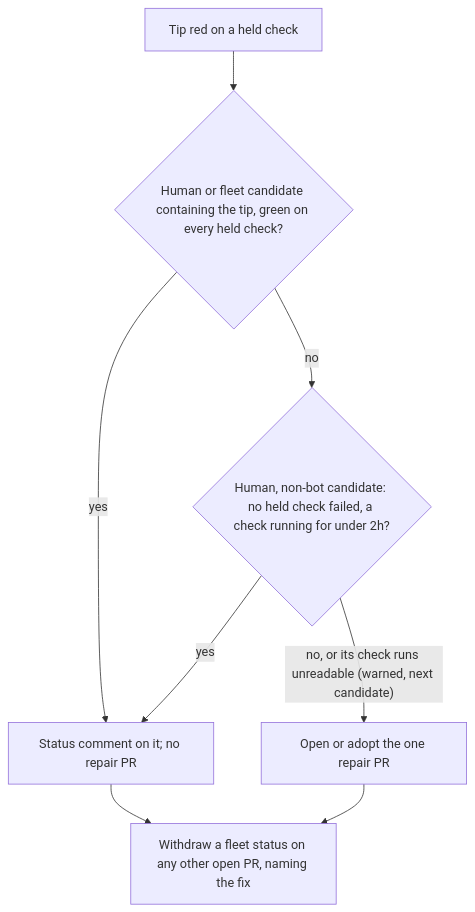
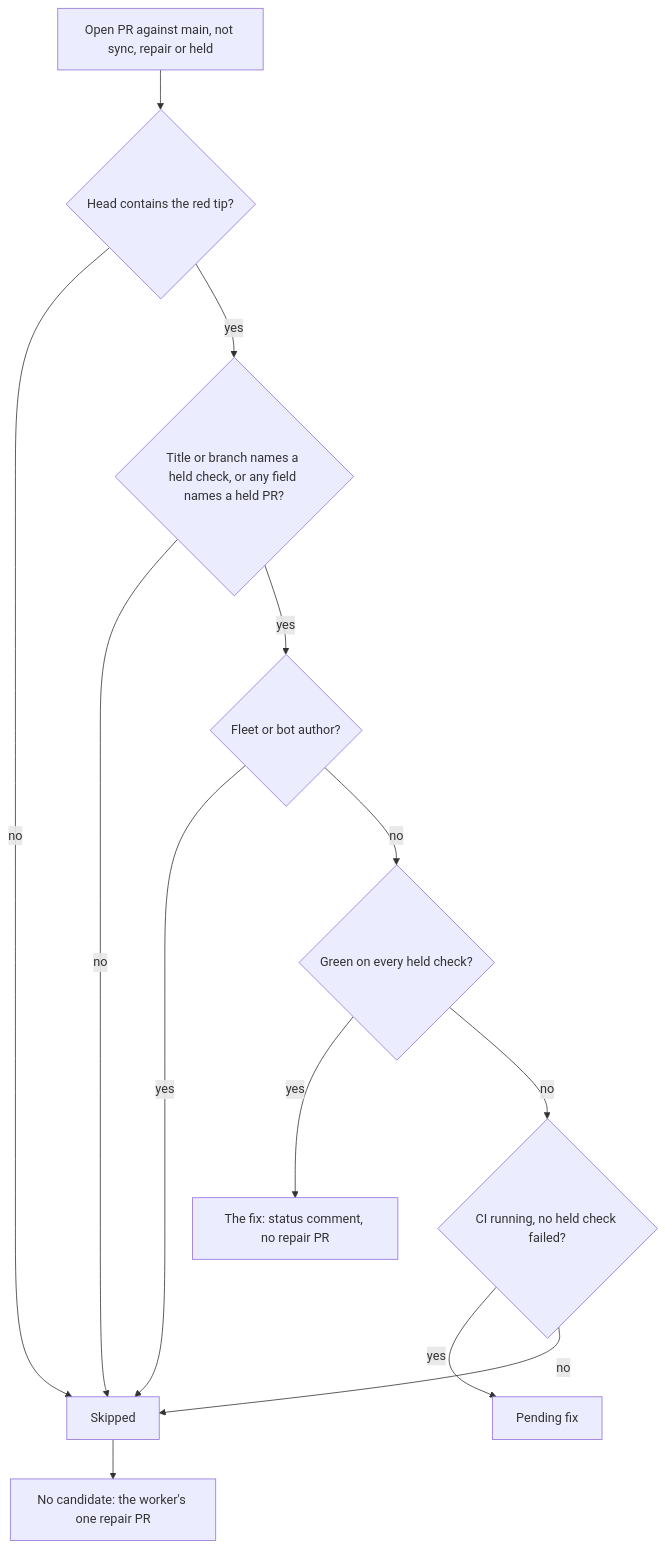
Before and after one commit to stSoftwareAU/VibeCoder: the diagram in docs/archive/pr-summaries/pr-summary-5437.md, drawn with Mermaid. The commit also changed other lines of this file, not shown here.

First line of the commit message:
Rewrite the #5437 summary for the fix-PR naming guard

````diff
--- a/docs/archive/pr-summaries/pr-summary-5437.md
+++ b/docs/archive/pr-summaries/pr-summary-5437.md
@@ -101,10 +66,15 @@
 ```mermaid
 flowchart TD
-    R["Tip red on a held check"] --> G{"Human or fleet candidate containing the tip, green on every held check?"}
-    G -- yes --> C["Status comment on it; no repair PR"]
-    G -- no --> P{"Human, non-bot candidate: no held check failed, a check running for under 2h?"}
-    P -- yes --> C
-    P -- "no, or its check runs unreadable (warned, next candidate)" --> X["Open or adopt the one repair PR"]
-    C --> W["Withdraw a fleet status on any other open PR, naming the fix"]
-    X --> W
+    C[Open PR against main, not sync, repair or held] --> A{Head contains the red tip?}
+    A -- no --> S[Skipped]
+    A -- yes --> N{Title or branch names a held check, or any field names a held PR?}
+    N -- no --> S
+    N -- yes --> F{Fleet or bot author?}
+    F -- yes --> S
+    F -- no --> G{Green on every held check?}
+    G -- yes --> FIX[The fix: status comment, no repair PR]
+    G -- no --> R{CI running, no held check failed?}
+    R -- yes --> PEND[Pending fix]
+    R -- no --> S
+    S --> REP[No candidate: the worker's one repair PR]
 ```
````
